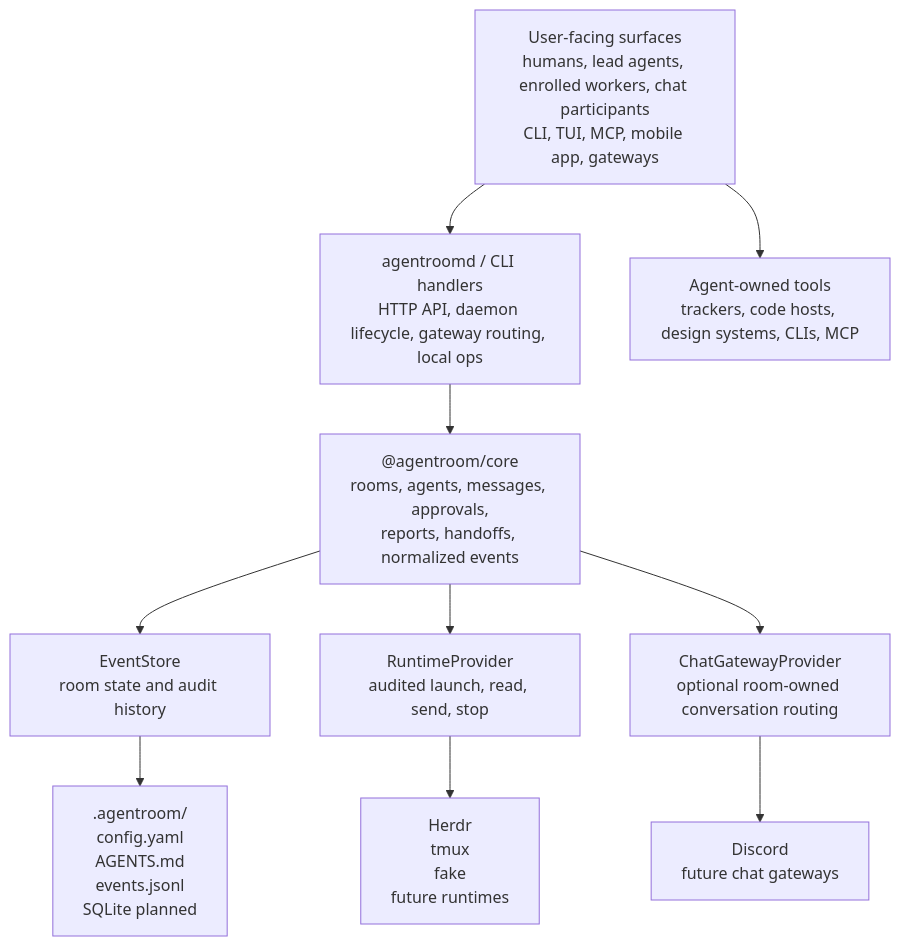
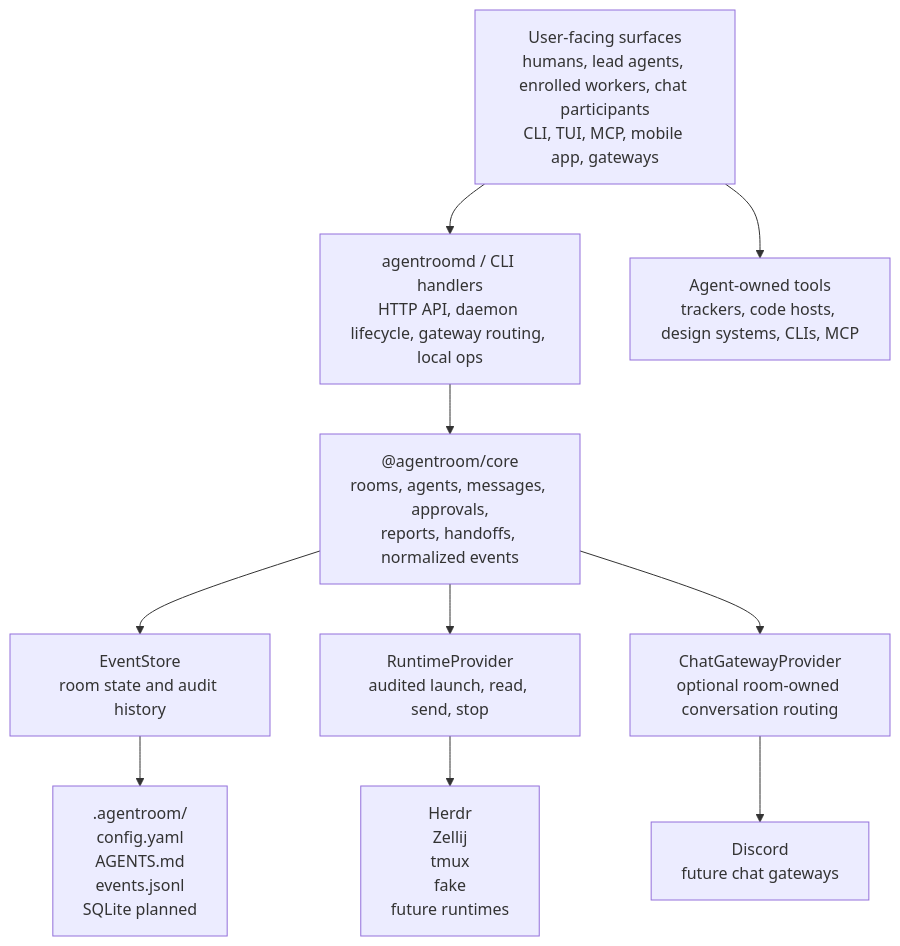
One commit to Volpestyle/agent-room changed the third of 3 diagrams in docs/DIAGRAM.md. Above: the diagram before and after it, drawn with Mermaid. The commit also changed other lines of this file and 36 other files, not shown here.

````diff
--- a/docs/DIAGRAM.md
+++ b/docs/DIAGRAM.md
@@ -55,23 +55,23 @@
 ```mermaid
 flowchart TB
   surfaces["User-facing surfaces<br/>humans, lead agents, enrolled workers, chat participants<br/>CLI, TUI, MCP, mobile app, gateways"]
   daemon["agentroomd / CLI handlers<br/>HTTP API, daemon lifecycle, gateway routing, local ops"]
   core["@agentroom/core<br/>rooms, agents, messages, approvals,<br/>reports, handoffs, normalized events"]
   store["EventStore<br/>room state and audit history"]
   runtime["RuntimeProvider<br/>audited launch, read, send, stop"]
   gateways["ChatGatewayProvider<br/>optional room-owned conversation routing"]
   external["Agent-owned tools<br/>trackers, code hosts, design systems, CLIs, MCP"]
   local[".agentroom/<br/>config.yaml<br/>AGENTS.md<br/>events.jsonl<br/>SQLite planned"]
-  runtimes["Herdr<br/>tmux<br/>fake<br/>future runtimes"]
+  runtimes["Herdr<br/>Zellij<br/>tmux<br/>fake<br/>future runtimes"]
   chatAdapters["Discord<br/>future chat gateways"]
 
   surfaces --> daemon
   daemon --> core
   core --> store
   core --> runtime
   core --> gateways
   store --> local
   runtime --> runtimes
   gateways --> chatAdapters
   surfaces --> external
 ```
````
